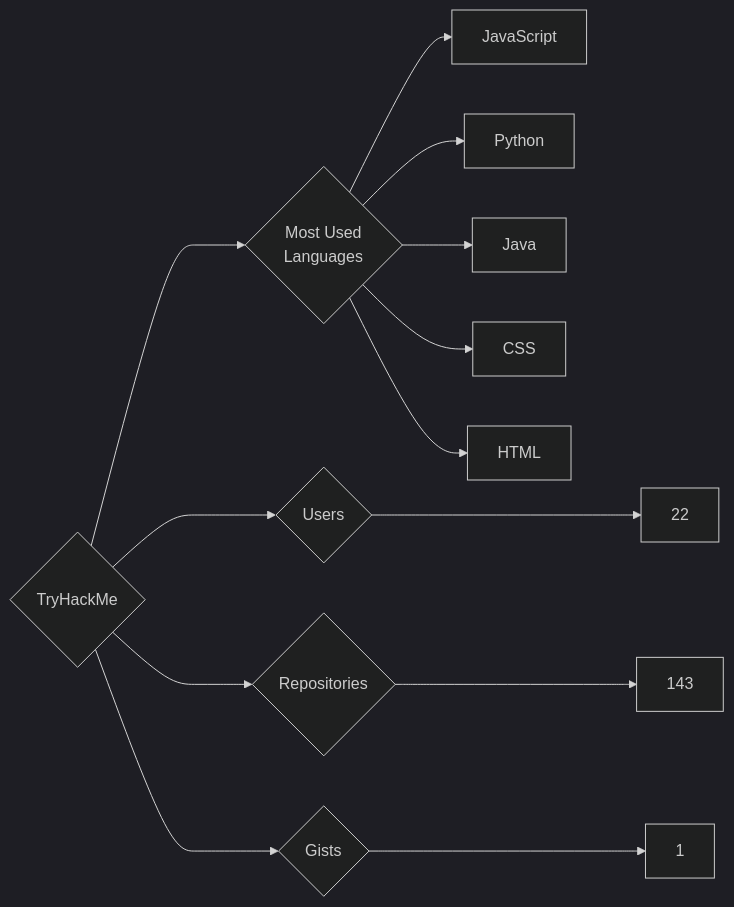
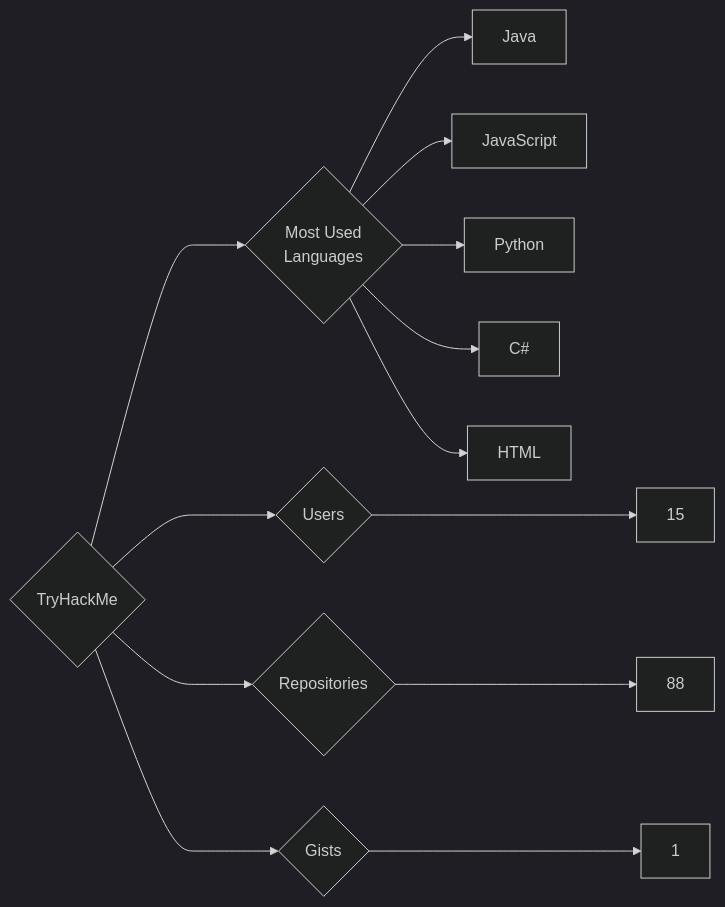
One commit to trickest/insiders changed the diagram in targets/TryHackMe/README.md. Above: the diagram before and after it, drawn with Mermaid (dark theme). The commit also changed 681 other files, not shown here.

````diff
--- a/targets/TryHackMe/README.md
+++ b/targets/TryHackMe/README.md
@@ -3,13 +3,13 @@
 ```mermaid
 graph LR
 COMPANY_NAME{TryHackMe}
-COMPANY_NAME ---> U{Users} ---> UN[22]
-COMPANY_NAME ---> R{Repositories} ---> RN[143]
+COMPANY_NAME ---> U{Users} ---> UN[15]
+COMPANY_NAME ---> R{Repositories} ---> RN[88]
 COMPANY_NAME ---> G{Gists} ---> GN[1]
 COMPANY_NAME ---> ML{Most Used<br>Languages}
+ML --> Java[Java]
 ML --> JavaScript[JavaScript]
 ML --> Python[Python]
-ML --> Java[Java]
-ML --> CSS[CSS]
+ML --> C#[C#]
 ML --> HTML[HTML]
 ```
````
